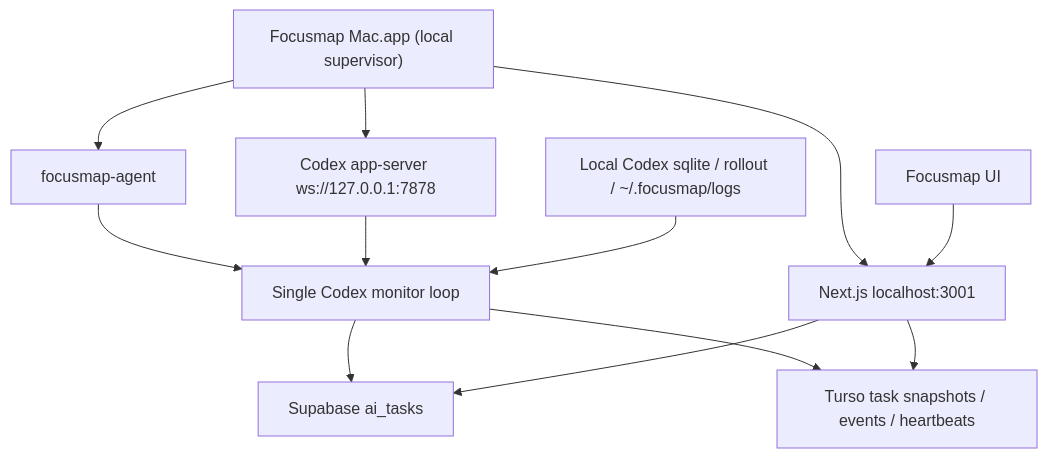
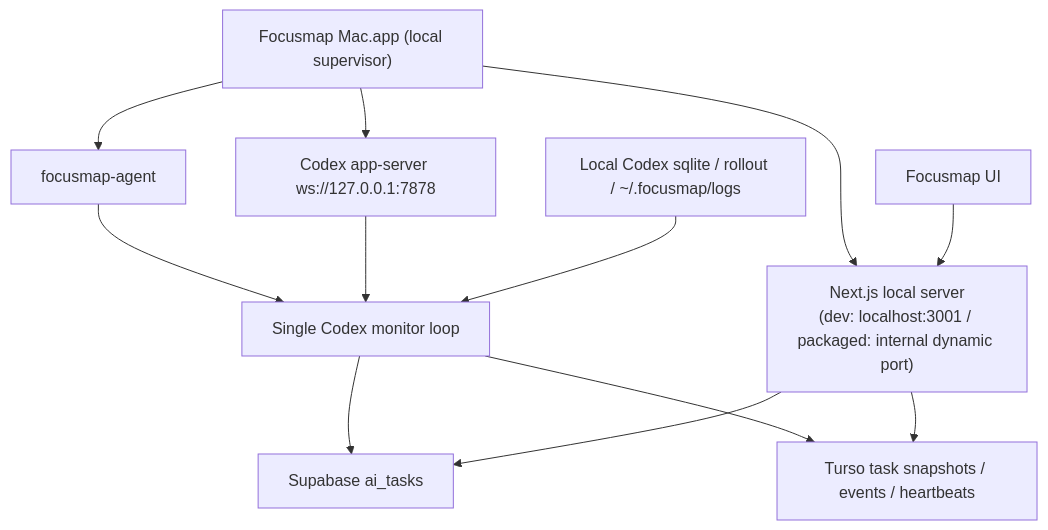
Before and after one commit to nextlevelkitamura-alt/focusmap: the diagram in docs/ai/plans/active/20260607-codex-mac-agent-unification.md, drawn with Mermaid. The commit also changed other lines of this file and 1 other file, not shown here.

````diff
--- a/docs/ai/plans/active/20260607-codex-mac-agent-unification.md
+++ b/docs/ai/plans/active/20260607-codex-mac-agent-unification.md
@@ -23,24 +23,24 @@
 ```mermaid
 flowchart TB
   Mac["Focusmap Mac.app (local supervisor)"]
-  Next["Next.js localhost:3001"]
+  Next["Next.js local server\n(dev: localhost:3001 / packaged: internal dynamic port)"]
   Agent["focusmap-agent"]
   CodexServer["Codex app-server ws://127.0.0.1:7878"]
   Monitor["Single Codex monitor loop"]
   LocalFiles["Local Codex sqlite / rollout / ~/.focusmap/logs"]
   Supabase["Supabase ai_tasks"]
   Turso["Turso task snapshots / events / heartbeats"]
   UI["Focusmap UI"]
 
   Mac --> Next
   Mac --> Agent
   Mac --> CodexServer
   Agent --> Monitor
   CodexServer --> Monitor
   LocalFiles --> Monitor
   Monitor --> Supabase
   Monitor --> Turso
   UI --> Next
   Next --> Supabase
   Next --> Turso
 ```
````
